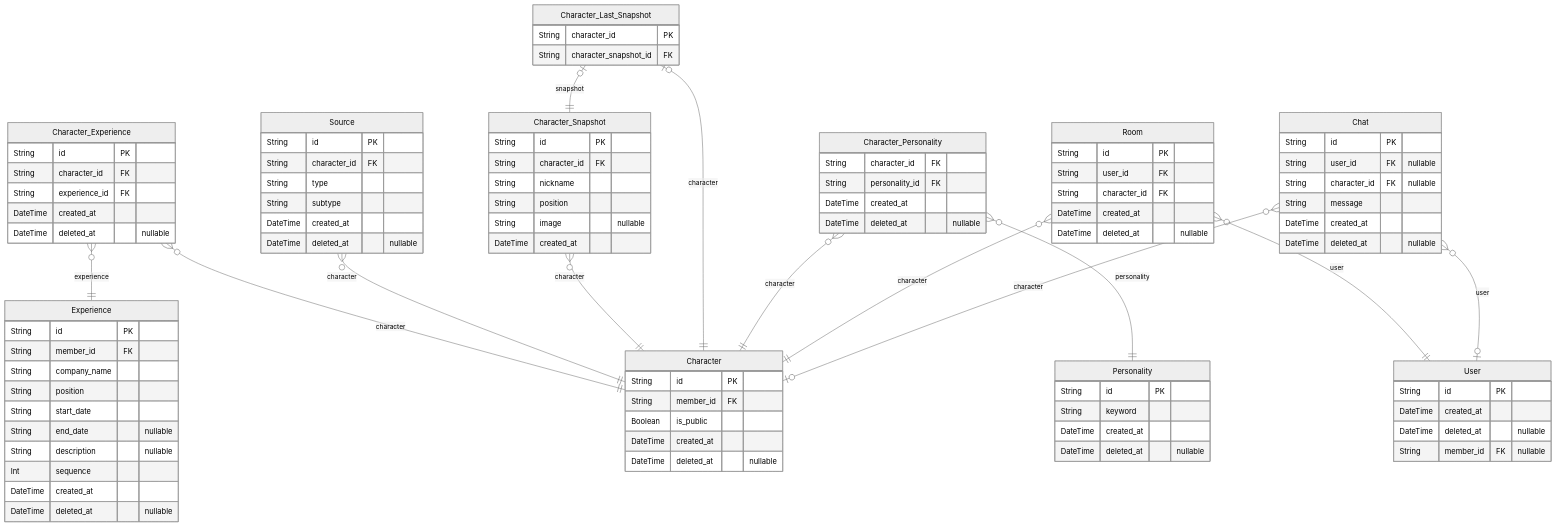
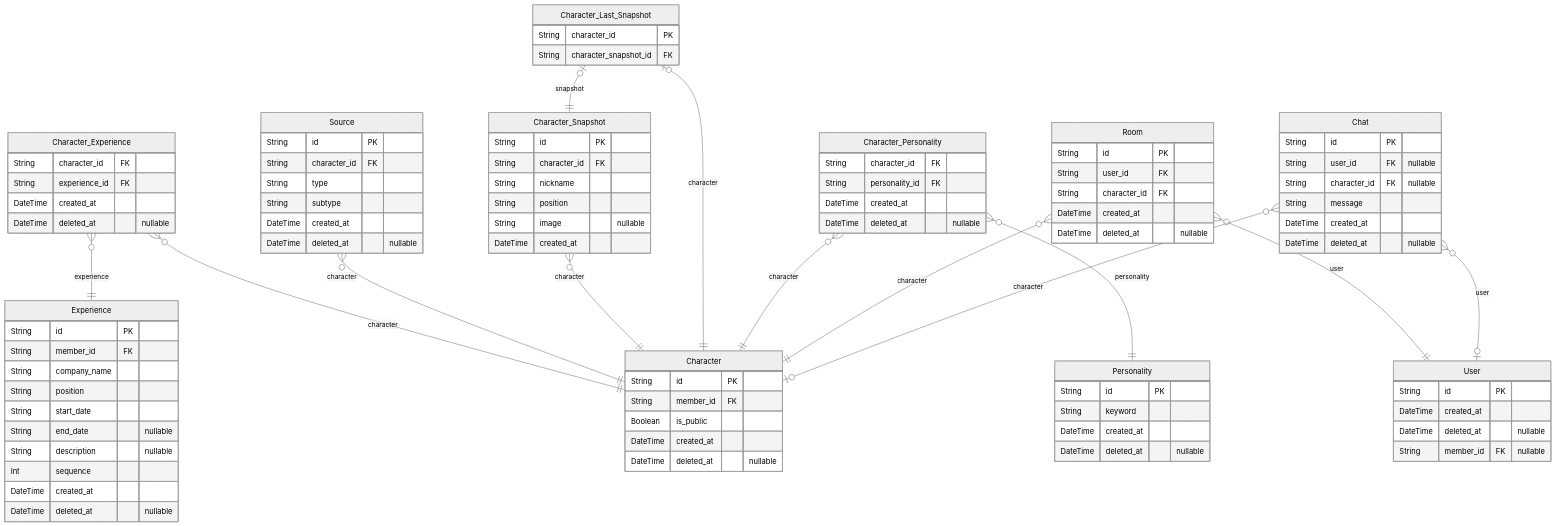
The second of 2 diagrams in prisma/ERD.md (Resupath/backend), drawn with Mermaid (neutral theme) before and after one commit. The commit also changed other lines of this file and 1 other file, not shown here.

Commit message:
fix: Charater_Experience 테이블 스키마 수정
- id 칼럼 삭제

```diff
--- a/prisma/ERD.md
+++ b/prisma/ERD.md
@@ -78,7 +78,6 @@
   DateTime deleted_at "nullable"
 }
 "Character_Experience" {
-  String id PK
   String character_id FK
   String experience_id FK
   DateTime created_at
```
